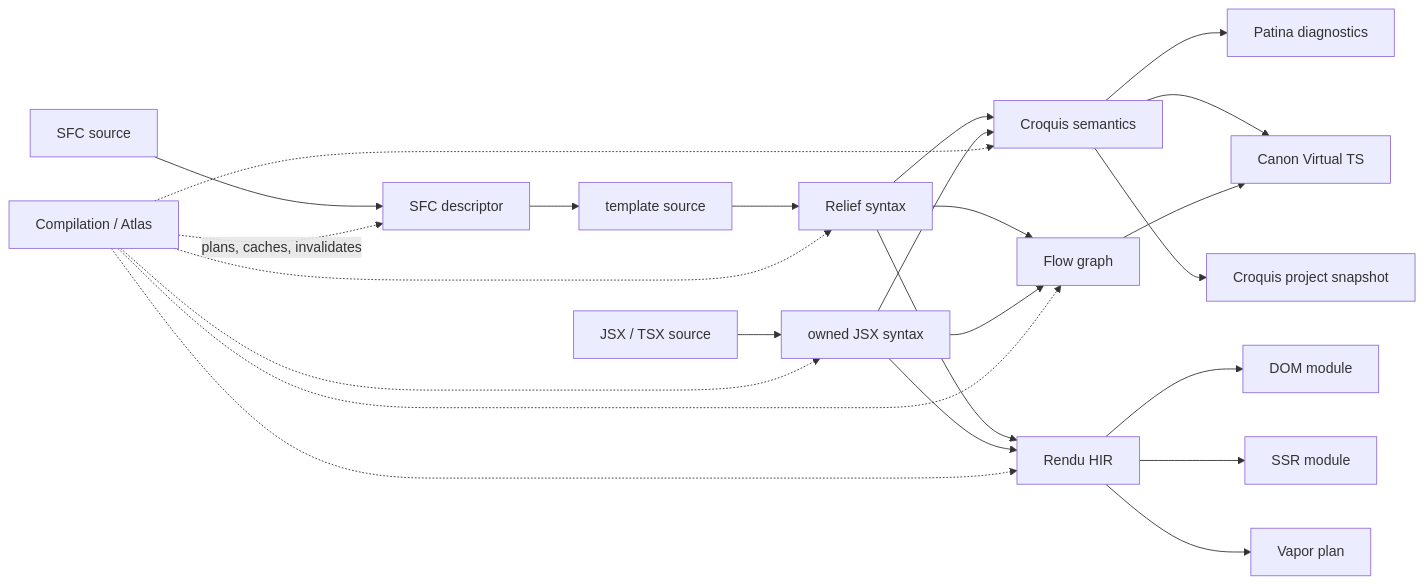
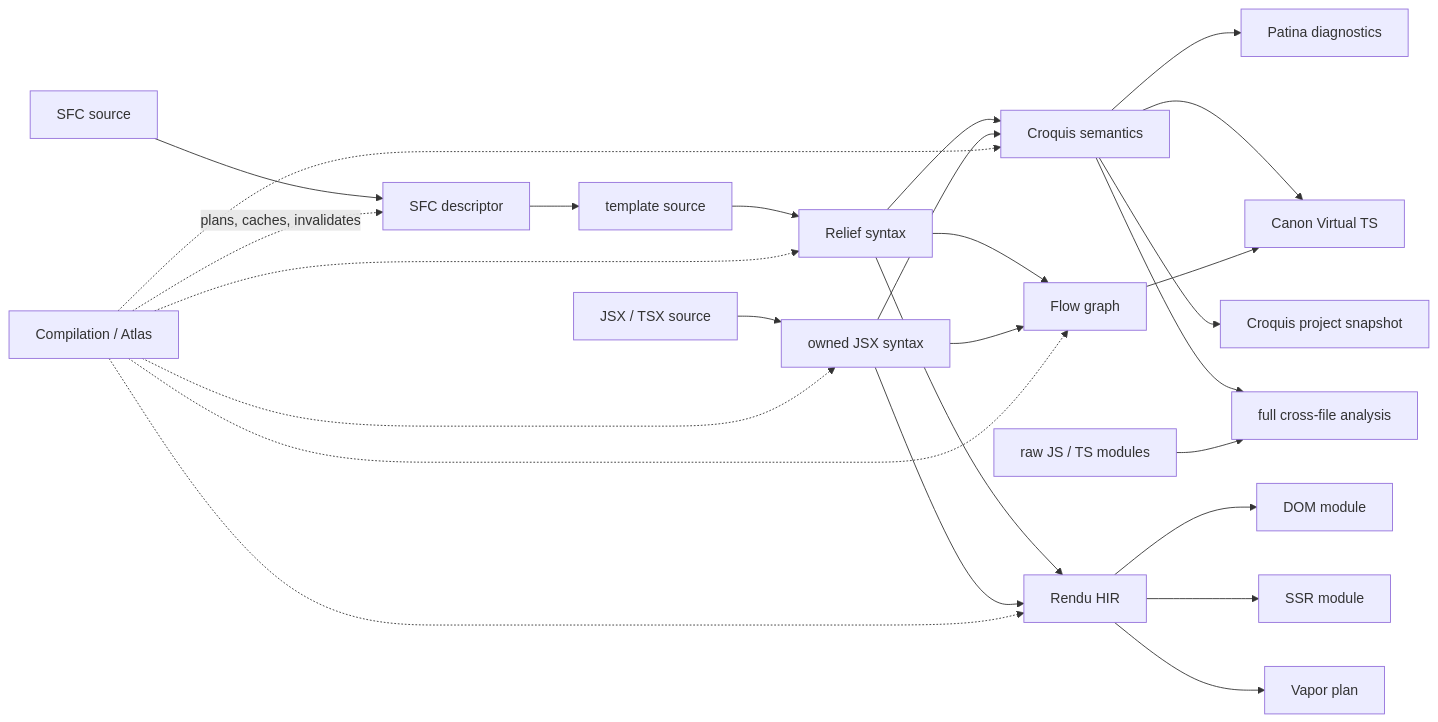
One commit to ubugeeei-prod/vize changed the diagram in docs/content/architecture/source-atlas.md. Above: the diagram before and after it, drawn with Mermaid. The commit also changed other lines of this file and 397 other files, not shown here.

````diff
--- a/docs/content/architecture/source-atlas.md
+++ b/docs/content/architecture/source-atlas.md
@@ -54,30 +56,32 @@
 ```mermaid
 flowchart LR
     C["Compilation / Atlas"]
     SFC["SFC source"] --> SD["SFC descriptor"]
     SD --> VT["template source"]
     VT --> RELIEF["Relief syntax"]
     JSX["JSX / TSX source"] --> OXC["owned JSX syntax"]
 
     RELIEF --> SEM["Croquis semantics"]
     OXC --> SEM
     RELIEF --> FLOW["Flow graph"]
     OXC --> FLOW
     RELIEF --> RENDU["Rendu HIR"]
     OXC --> RENDU
 
     RENDU --> DOM["DOM module"]
     RENDU --> SSR["SSR module"]
     RENDU --> VAPOR["Vapor plan"]
     SEM --> LINT["Patina diagnostics"]
     SEM --> VTS["Canon Virtual TS"]
     FLOW --> VTS
     SEM --> PROJECT["Croquis project snapshot"]
+    SEM --> CFA["full cross-file analysis"]
+    RAW["raw JS / TS modules"] --> CFA
 
     C -. "plans, caches, invalidates" .-> SD
     C -.-> OXC
     C -.-> RELIEF
     C -.-> SEM
     C -.-> FLOW
     C -.-> RENDU
 ```
````
